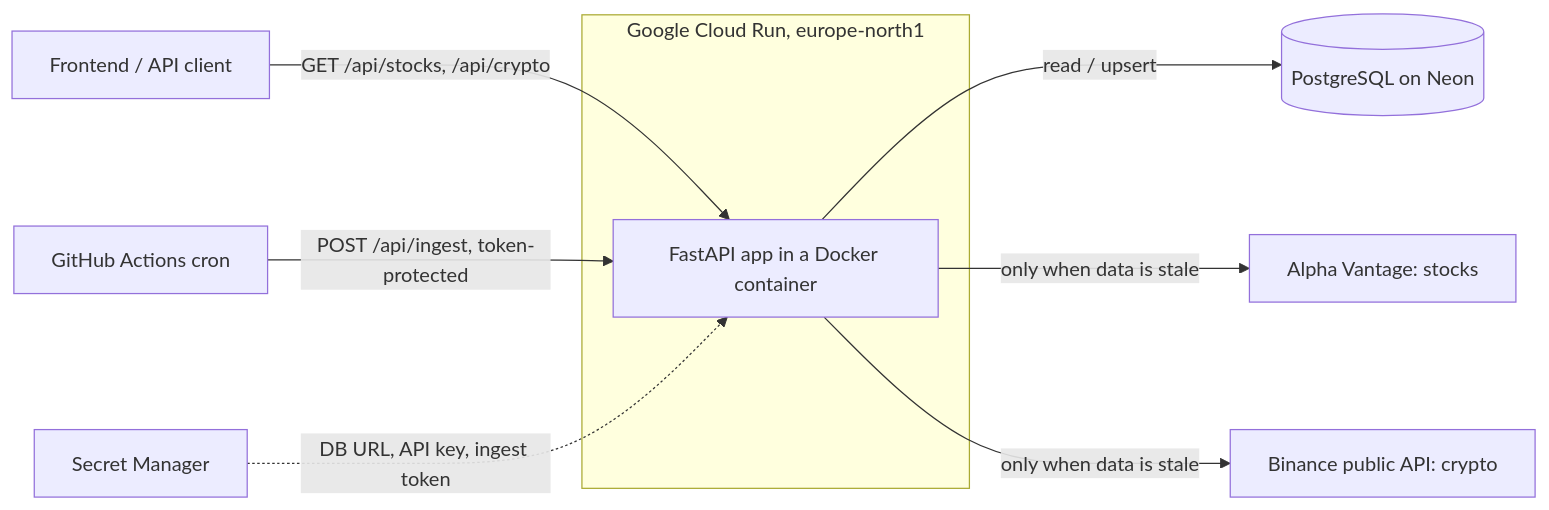
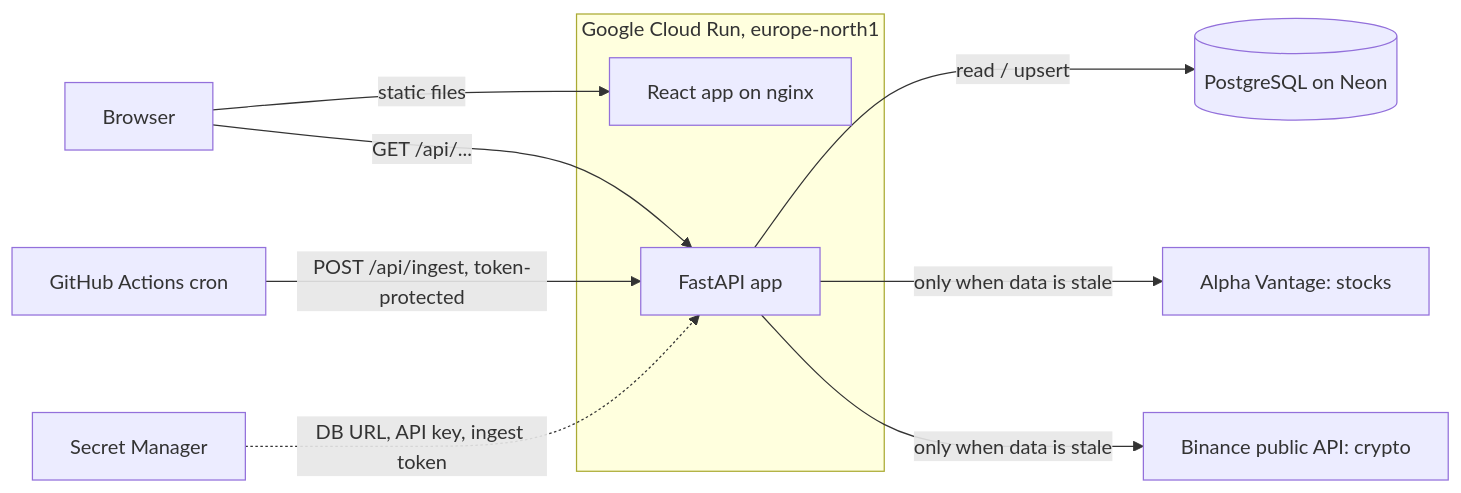
Before and after one commit to EliasNiskanen/FastAPI-backend: the diagram in README.md, drawn with Mermaid. The commit also changed other lines of this file and 86 other files, not shown here.

````diff
--- a/README.md
+++ b/README.md
@@ -30,14 +32,16 @@
 ```mermaid
 flowchart LR
-    FE[Frontend / API client] -->|GET /api/stocks, /api/crypto| API
+    U[Browser] -->|static files| WEB
+    U -->|GET /api/...| API
 
     subgraph GCP[Google Cloud Run, europe-north1]
-        API[FastAPI app in a Docker container]
+        WEB[React app on nginx]
+        API[FastAPI app]
     end
 
     CRON[GitHub Actions cron] -->|POST /api/ingest, token-protected| API
     API -->|read / upsert| DB[(PostgreSQL on Neon)]
     API -->|only when data is stale| AV[Alpha Vantage: stocks]
     API -->|only when data is stale| BN[Binance public API: crypto]
     SM[Secret Manager] -.->|DB URL, API key, ingest token| API
 ```
````
